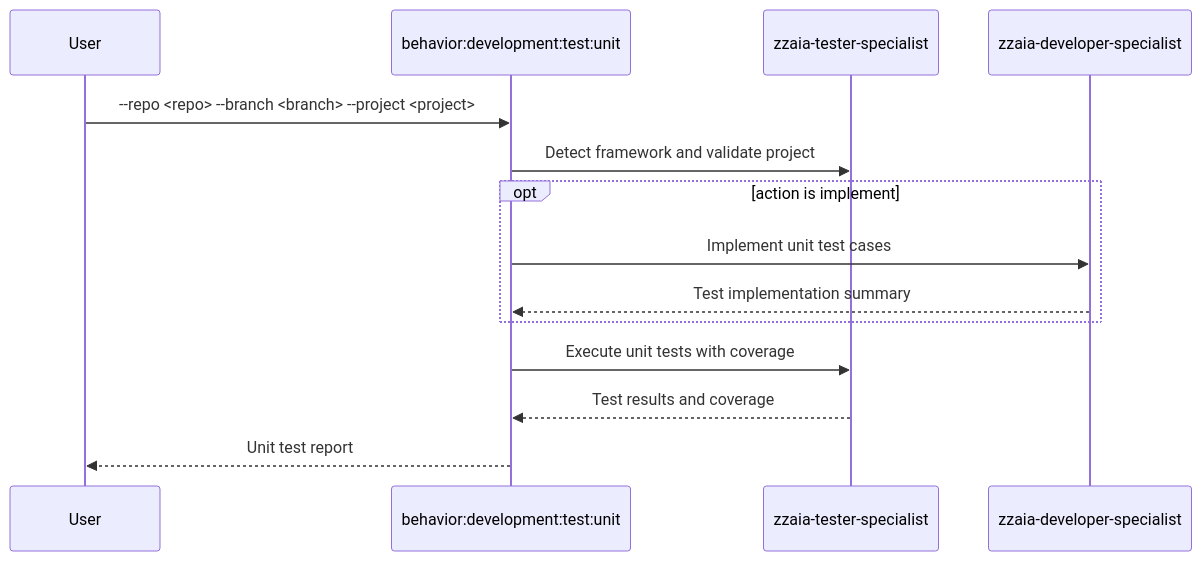
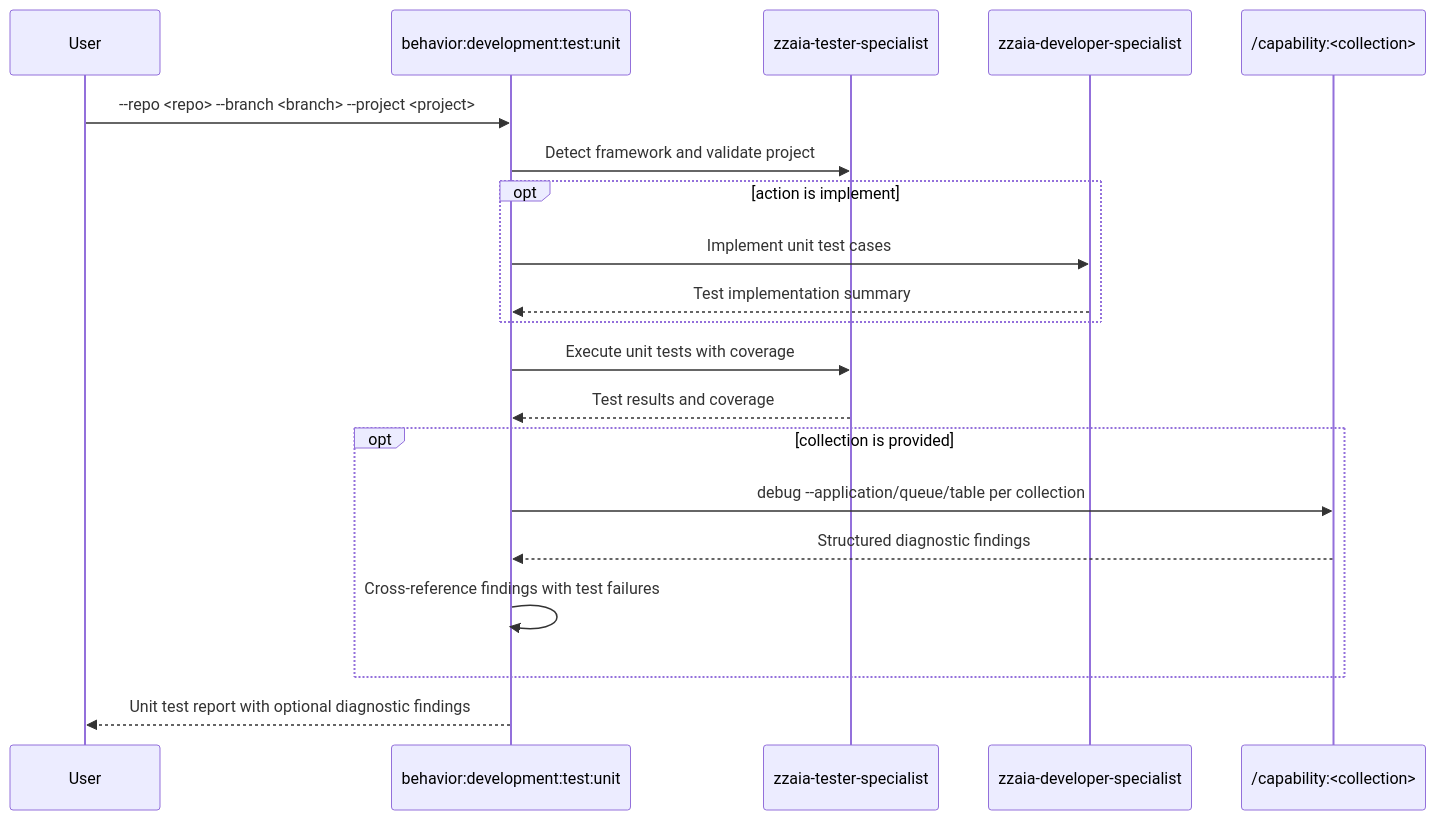
One commit to zzaia/zzaia-agentic-workspace changed the diagram in .claude/commands/behavior/development/test/unit/SKILL.md. Above: the diagram before and after it, drawn with Mermaid. The commit also changed other lines of this file and 21 other files, not shown here.

````diff
--- a/.claude/commands/behavior/development/test/unit/SKILL.md
+++ b/.claude/commands/behavior/development/test/unit/SKILL.md
@@ -69,17 +91,23 @@
 ```mermaid
 sequenceDiagram
     participant U as User
     participant C as behavior:development:test:unit
     participant TS as zzaia-tester-specialist
     participant DS as zzaia-developer-specialist
+    participant SRC as /capability:<collection>
 
     U->>C: --repo <repo> --branch <branch> --project <project>
     C->>TS: Detect framework and validate project
     opt action is implement
         C->>DS: Implement unit test cases
         DS-->>C: Test implementation summary
     end
     C->>TS: Execute unit tests with coverage
     TS-->>C: Test results and coverage
-    C-->>U: Unit test report
+    opt collection is provided
+        C->>SRC: debug --application/queue/table per collection
+        SRC-->>C: Structured diagnostic findings
+        C->>C: Cross-reference findings with test failures
+    end
+    C-->>U: Unit test report with optional diagnostic findings
 ```
````
